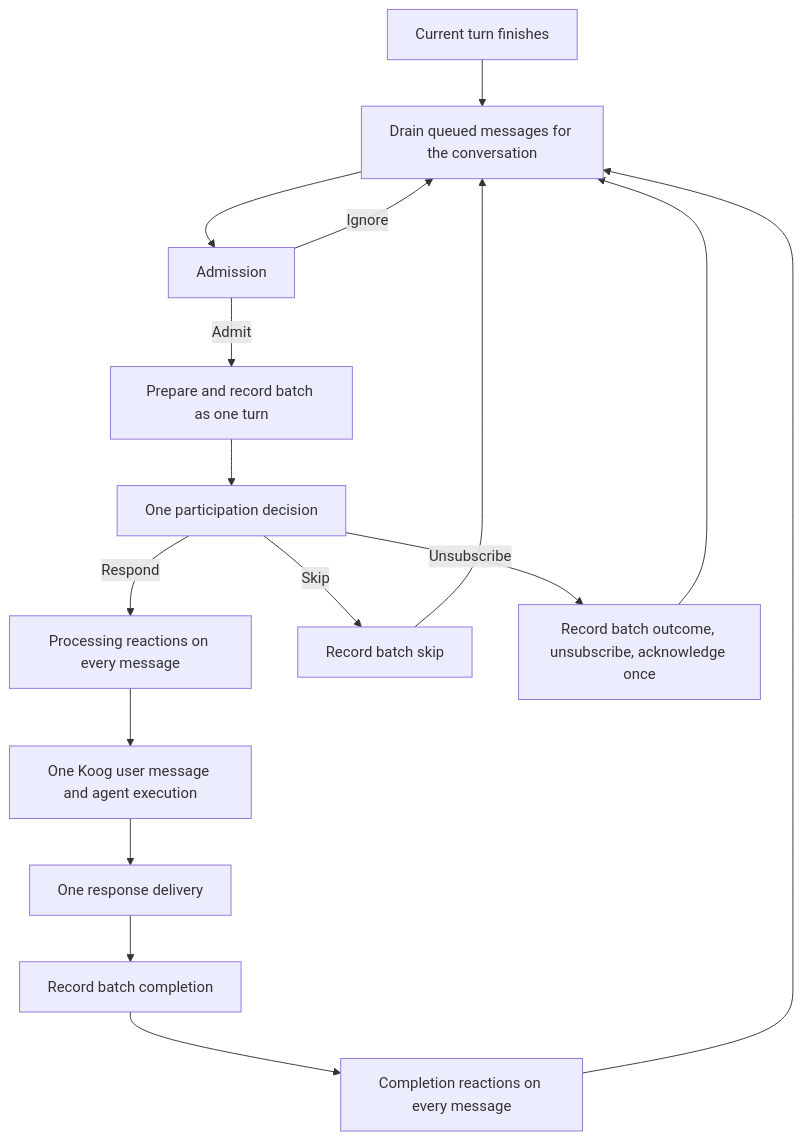
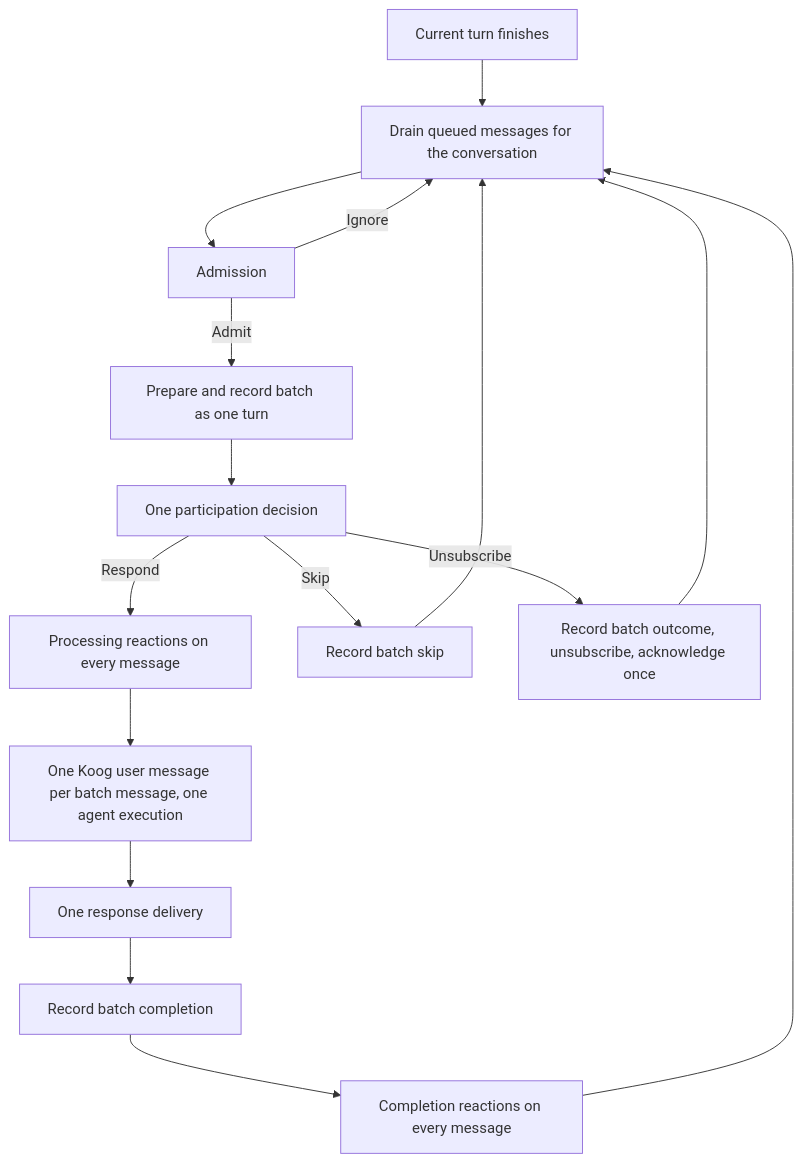
One commit to deil/junior-sidekick changed the first of 2 diagrams in docs/thoughts/turn-batching-design.md. Above: the diagram before and after it, drawn with Mermaid. The commit also changed other lines of this file and 18 other files, not shown here.

````diff
--- a/docs/thoughts/turn-batching-design.md
+++ b/docs/thoughts/turn-batching-design.md
@@ -22,18 +22,18 @@
 ```mermaid
 flowchart TD
     A[Current turn finishes] --> B[Drain queued messages for the conversation]
     B --> C[Admission]
     C -->|Ignore| B
     C -->|Admit| D[Prepare and record batch as one turn]
     D --> E[One participation decision]
     E -->|Respond| F[Processing reactions on every message]
-    F --> G[One Koog user message and agent execution]
+    F --> G[One Koog user message per batch message, one agent execution]
     G --> H[One response delivery]
     H --> I[Record batch completion]
     I --> J[Completion reactions on every message]
     J --> B
     E -->|Skip| K[Record batch skip]
     K --> B
     E -->|Unsubscribe| L[Record batch outcome, unsubscribe, acknowledge once]
     L --> B
 ```
````
